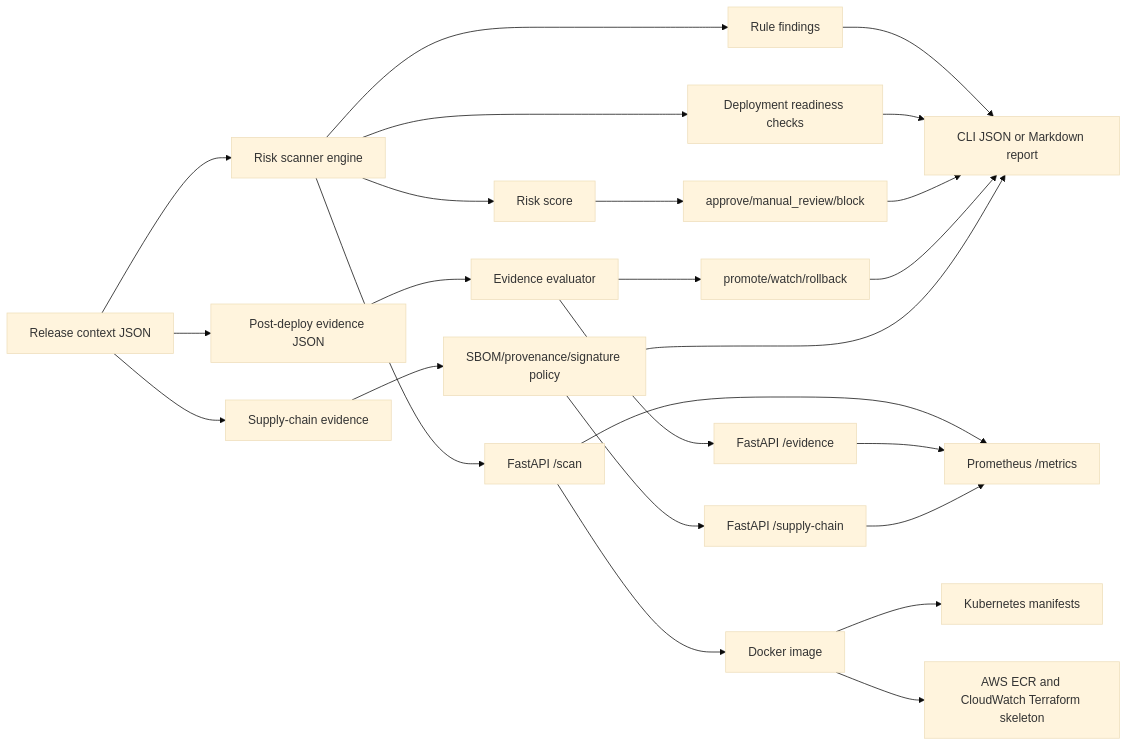
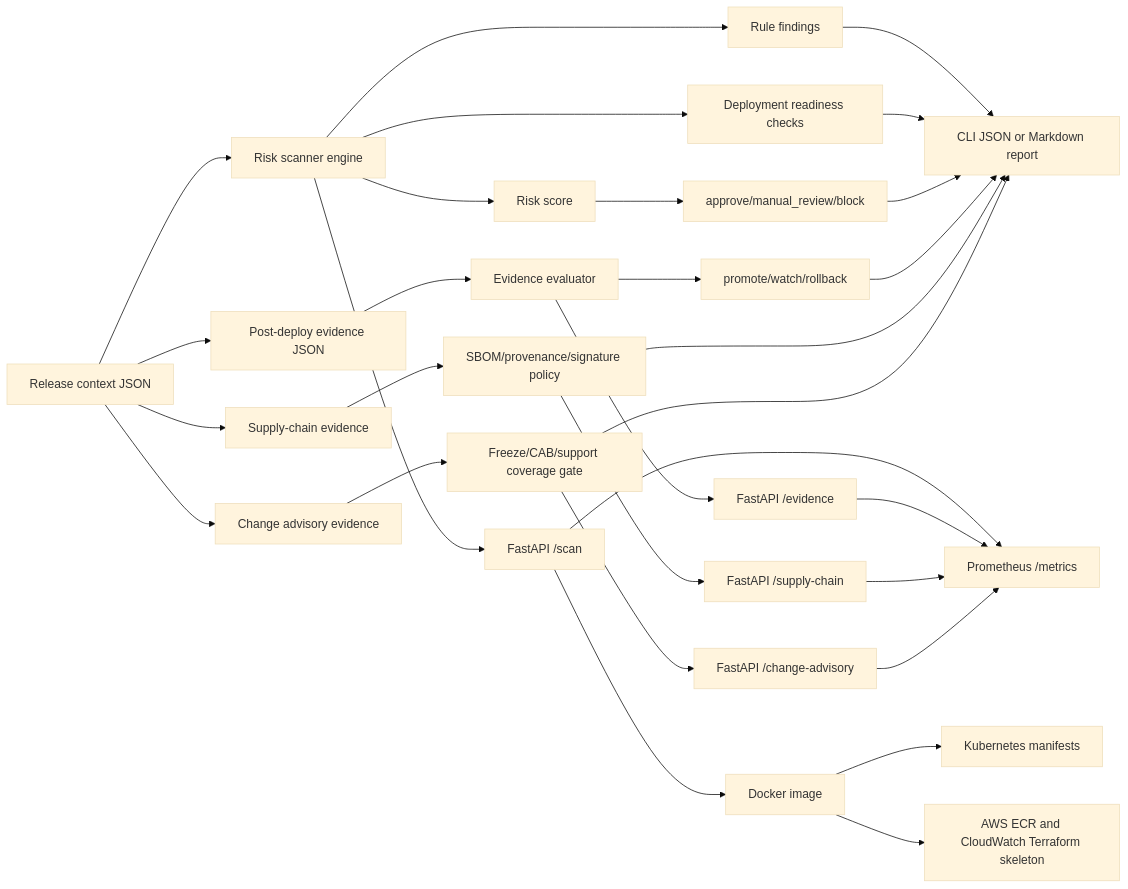
The diagram in README.md (Nagadeepak1998/ci-cd-release-risk-scanner), drawn with Mermaid (base theme) before and after one commit. The commit also changed other lines of this file and 17 other files, not shown here.

Commit message:
Add change advisory release gate

````diff
--- a/README.md
+++ b/README.md
@@ -25,27 +27,32 @@
 ```mermaid
 flowchart LR
     A[Release context JSON] --> B[Risk scanner engine]
     B --> C[Rule findings]
     B --> D[Risk score]
     D --> E[approve/manual_review/block]
     C --> F[CLI JSON or Markdown report]
     B --> L[Deployment readiness checks]
     L --> F
     E --> F
     B --> G[FastAPI /scan]
     A --> M[Post-deploy evidence JSON]
     M --> N[Evidence evaluator]
     N --> O[promote/watch/rollback]
     O --> F
     N --> P[FastAPI /evidence]
     G --> H[Prometheus /metrics]
     P --> H
     A --> Q[Supply-chain evidence]
     Q --> R[SBOM/provenance/signature policy]
     R --> F
     R --> S[FastAPI /supply-chain]
     S --> H
+    A --> T[Change advisory evidence]
+    T --> U[Freeze/CAB/support coverage gate]
+    U --> F
+    U --> V[FastAPI /change-advisory]
+    V --> H
     G --> I[Docker image]
     I --> J[Kubernetes manifests]
     I --> K[AWS ECR and CloudWatch Terraform skeleton]
 ```
````
